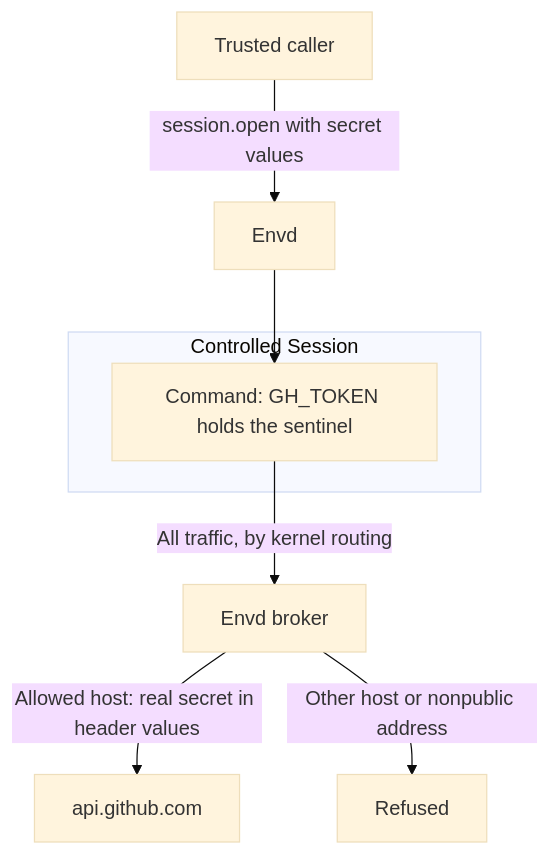
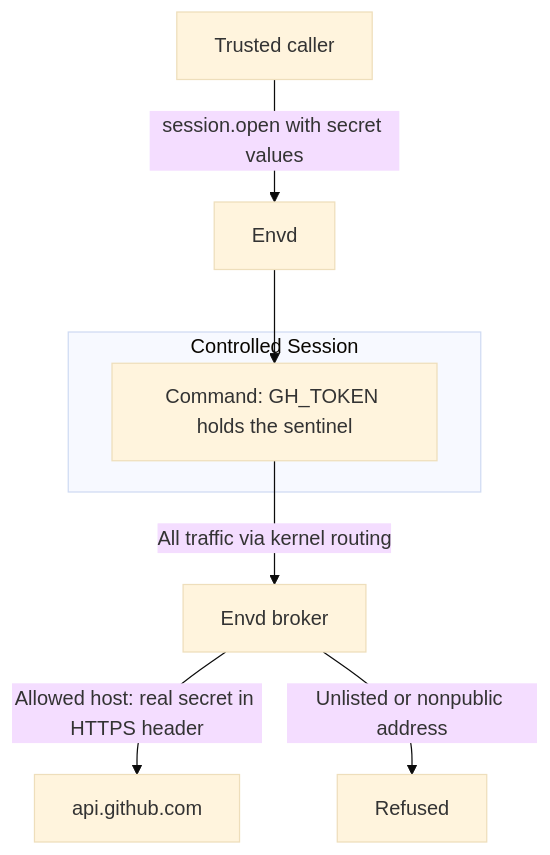
One commit to converge-ai-labs/agent-foundation changed the diagram in docs/a13n-envd/egress.md. Above: the diagram before and after it, drawn with Mermaid (base theme). The commit also changed other lines of this file and 105 other files, not shown here.

Commit message:
docs(guides): restructure bilingual guides around user workflows and verify schemas

````diff
--- a/docs/a13n-envd/egress.md
+++ b/docs/a13n-envd/egress.md
@@ -60,16 +52,11 @@
 ```mermaid
 flowchart TB
     Caller["Trusted caller"] -->|"session.open with secret values"| Envd["Envd"]
     subgraph Session["Controlled Session"]
         Command["Command: GH_TOKEN holds the sentinel"]
     end
     Envd --> Command
-    Command -->|"All traffic, by kernel routing"| Broker["Envd broker"]
-    Broker -->|"Allowed host: real secret in header values"| Upstream["api.github.com"]
-    Broker -->|"Other host or nonpublic address"| Refused["Refused"]
-
-    class Caller app
-    class Envd,Broker a13n
-    class Upstream ext
-    class Refused danger
+    Command -->|"All traffic via kernel routing"| Broker["Envd broker"]
+    Broker -->|"Allowed host: real secret in HTTPS header"| Upstream["api.github.com"]
+    Broker -->|"Unlisted or nonpublic address"| Refused["Refused"]
 ```
````
